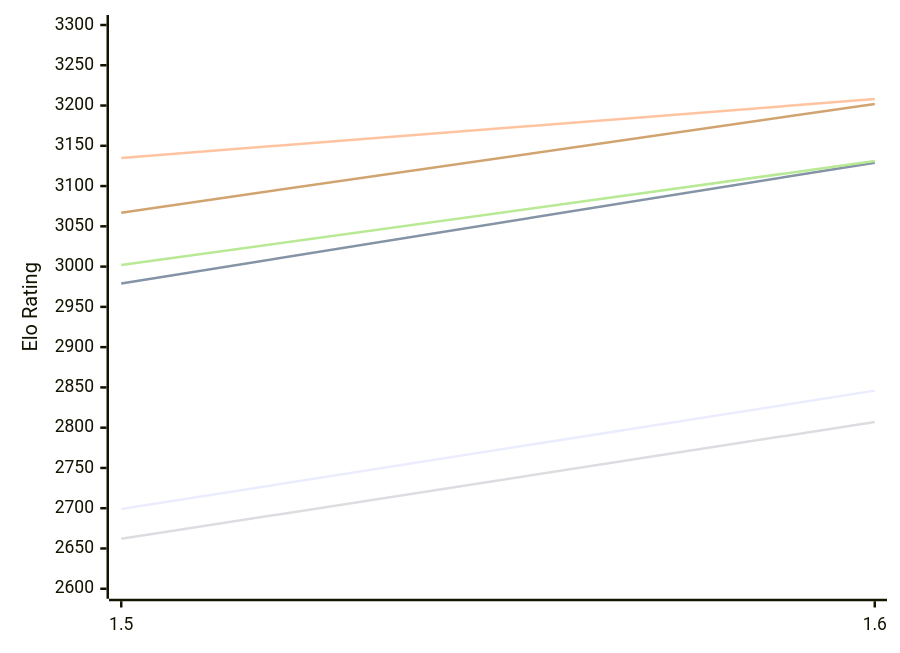
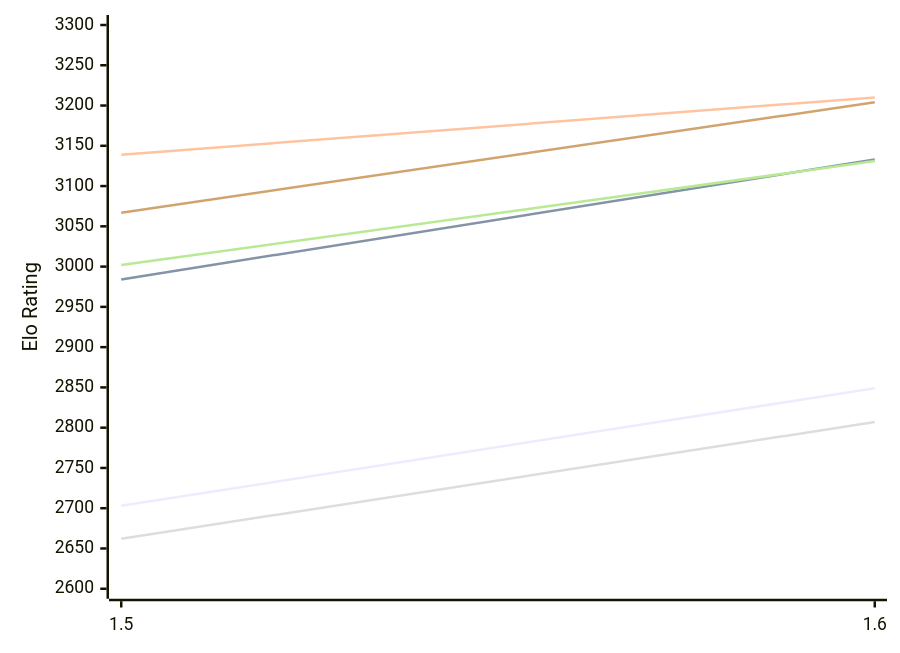
Before and after one commit to computer-chess-index/cci: the first of 2 diagrams in engines/Yakka.md, drawn with Mermaid. The commit also changed other lines of this file, not shown here.

Commit message:
Update CCI Ratings (ELO VLTC) - 2026-11-22

````diff
--- a/engines/Yakka.md
+++ b/engines/Yakka.md
@@ -51,12 +51,12 @@
 ```mermaid
 %%{init: {"theme":"base","themeVariables":{"seriesColors:['#a3a3a3','#222221','#faa371']}}}%%
 xychart-beta
   x-axis ["1.5", "1.6"]
   y-axis "Elo Rating" 2600 --> 3300
-  line "E1: STC (8.0+0.08s)" [2699, 2846]
-  line "E1: LTC (60.0+0.60s)" [2979, 3129]
-  line "E1: VLTC (2m24s+1.12s)" [3135, 3208]
+  line "E1: STC (8.0+0.08s)" [2703, 2849]
+  line "E1: LTC (60.0+0.60s)" [2984, 3133]
+  line "E1: VLTC (2m24s+1.12s)" [3139, 3210]
   line "P1: STC (8.0+0.08s)" [2662, 2807]
   line "P1: LTC (60.0+0.60s)" [3002, 3131]
-  line "P1: VLTC (2m24s+1.12s)" [3067, 3202]
+  line "P1: VLTC (2m24s+1.12s)" [3067, 3204]
 ```
````
